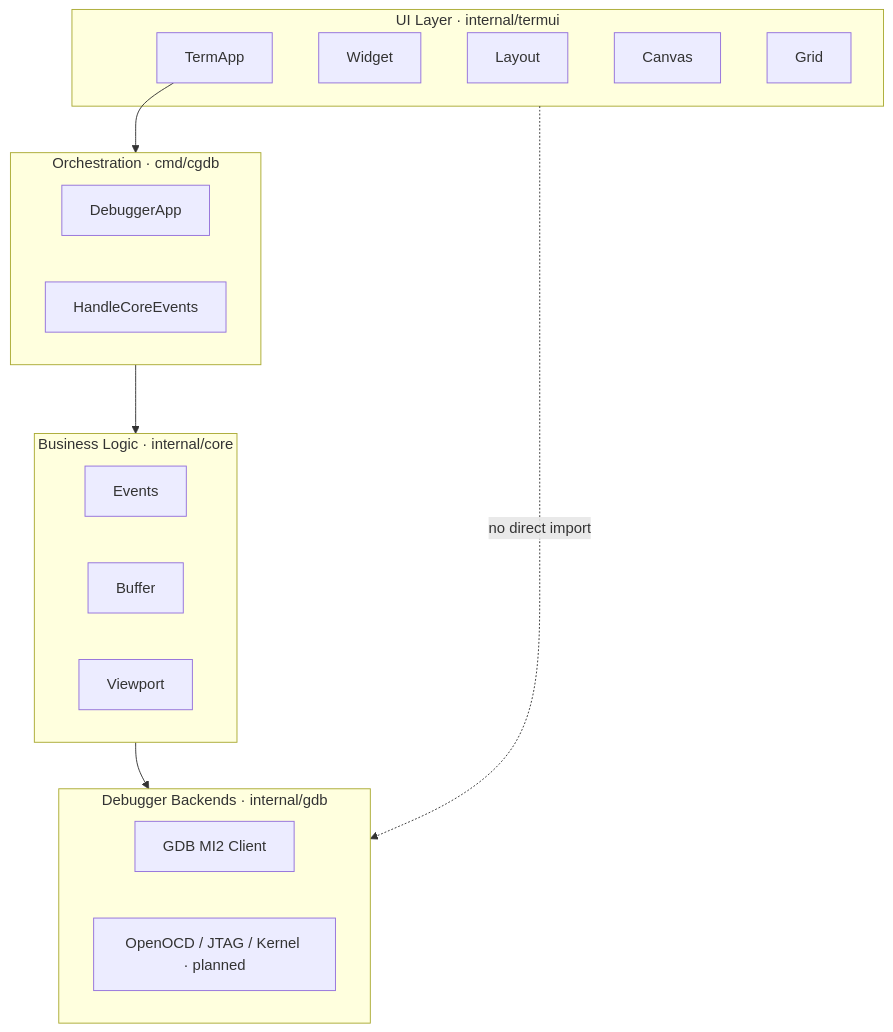
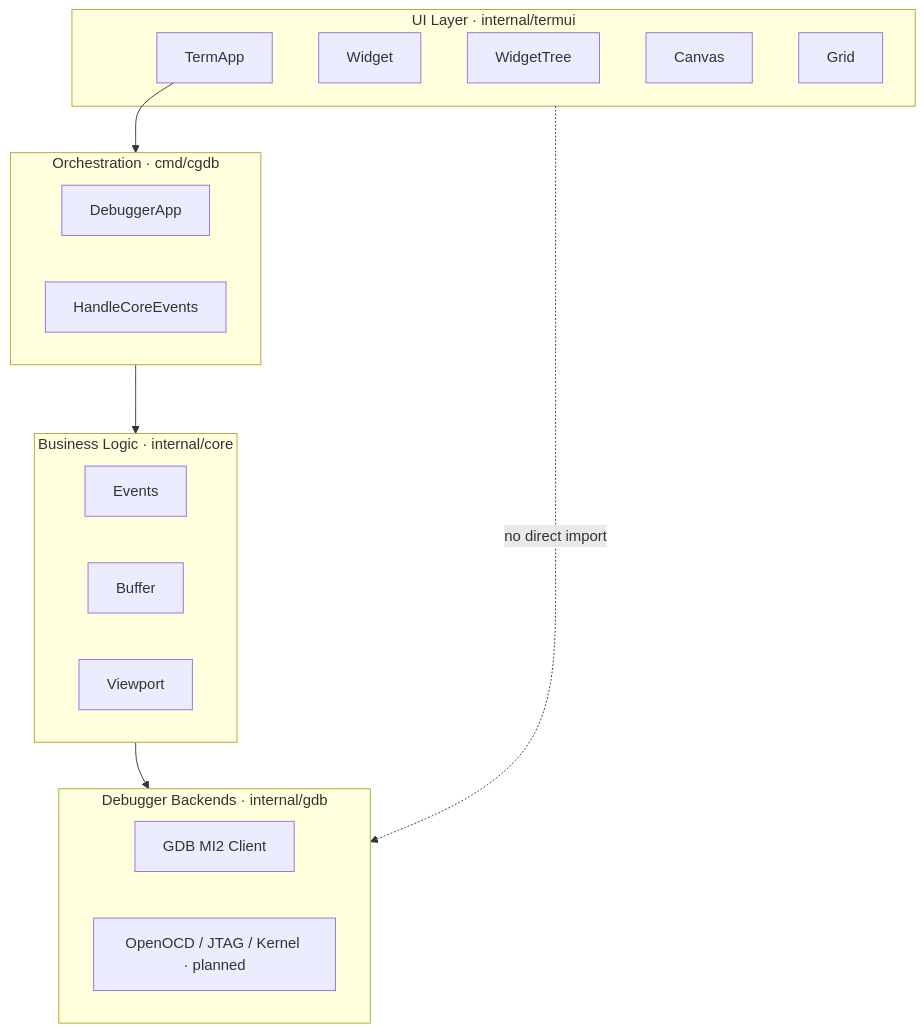
One commit to yairgd/gdbforge changed the diagram in docs/diagrams/module_boundaries.mermaid. Above: the diagram before and after it, drawn with Mermaid. The commit also changed 11 other files, not shown here.

Commit message:
Remove redundant Layout facade; tabs own WidgetTree directly.

```diff
--- a/docs/diagrams/module_boundaries.mermaid
+++ b/docs/diagrams/module_boundaries.mermaid
@@ -1,29 +1,29 @@
 flowchart TB
     subgraph UI["UI Layer · internal/termui"]
         TermApp
         Widget
-        Layout
+        WidgetTree
         Canvas
         Grid
     end
 
     subgraph App["Orchestration · cmd/cgdb"]
         DebuggerApp["DebuggerApp"]
         HandleCore["HandleCoreEvents"]
     end
 
     subgraph Core["Business Logic · internal/core"]
         Events
         Buffer
         Viewport
     end
 
     subgraph Backends["Debugger Backends · internal/gdb"]
         GDB_MI["GDB MI2 Client"]
         Future["OpenOCD / JTAG / Kernel · planned"]
     end
 
     TermApp --> App
     App --> Core
     Core --> Backends
     UI -.->|"no direct import"| Backends
```
